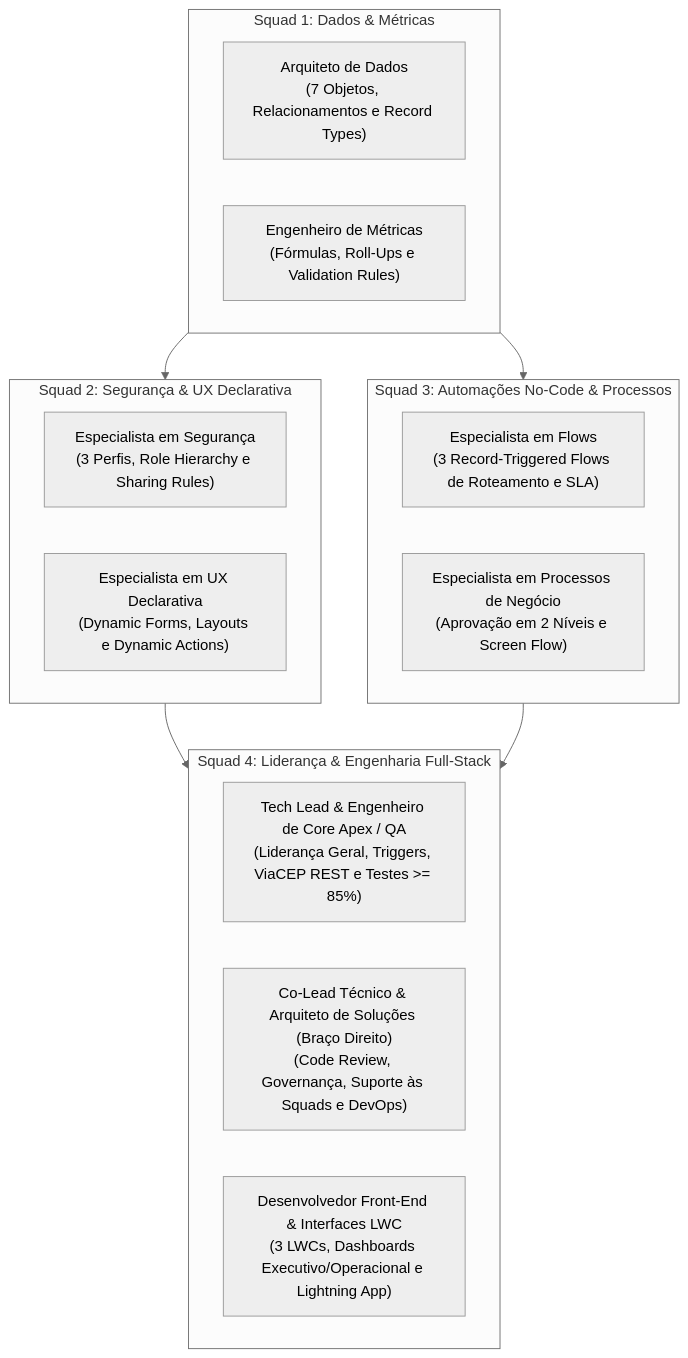
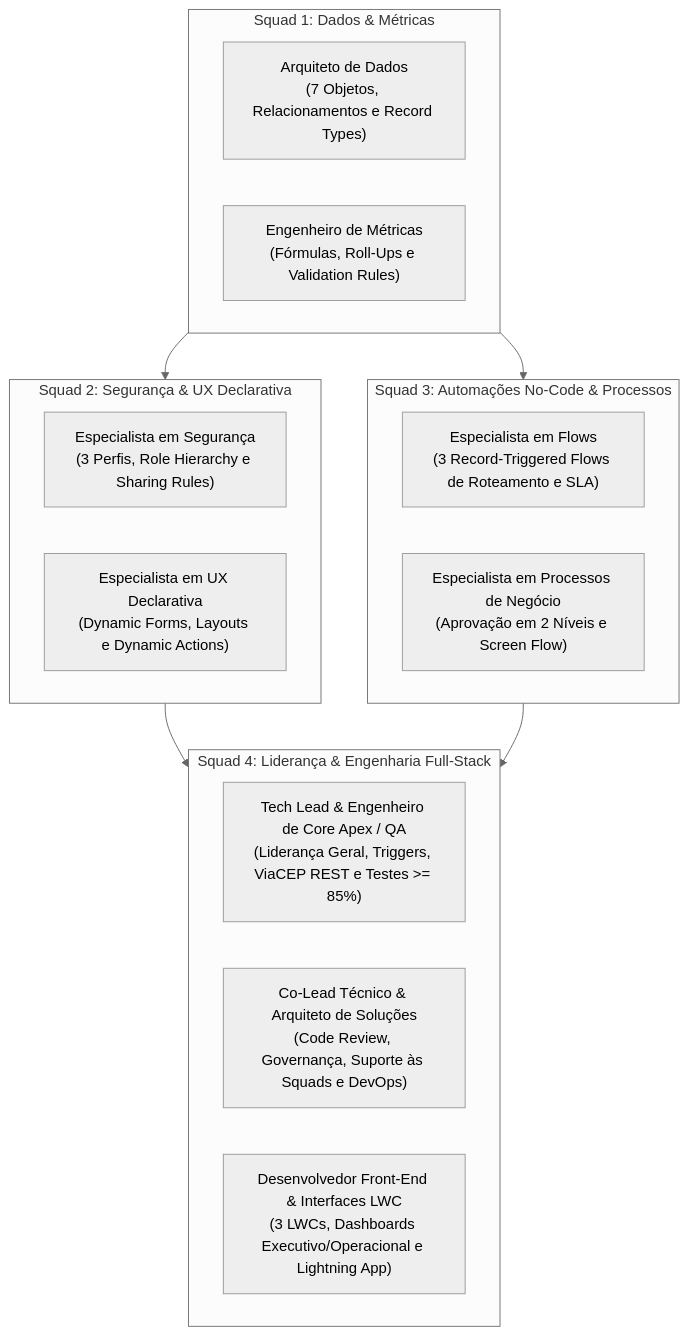
Before and after one commit to vdornelass/geolead-ai: the third of 3 diagrams in README.md, drawn with Mermaid (neutral theme). The commit also changed other lines of this file and 3 other files, not shown here.

````diff
--- a/README.md
+++ b/README.md
@@ -153,27 +153,27 @@
 ```mermaid
 graph TD
     subgraph S1 ["Squad 1: Dados & Métricas"]
         R1["Arquiteto de Dados<br/>(7 Objetos, Relacionamentos e Record Types)"]
         R2["Engenheiro de Métricas<br/>(Fórmulas, Roll-Ups e Validation Rules)"]
     end
 
     subgraph S2 ["Squad 2: Segurança & UX Declarativa"]
         R3["Especialista em Segurança<br/>(3 Perfis, Role Hierarchy e Sharing Rules)"]
         R4["Especialista em UX Declarativa<br/>(Dynamic Forms, Layouts e Dynamic Actions)"]
     end
 
     subgraph S3 ["Squad 3: Automações No-Code & Processos"]
         R5["Especialista em Flows<br/>(3 Record-Triggered Flows de Roteamento e SLA)"]
         R6["Especialista em Processos de Negócio<br/>(Aprovação em 2 Níveis e Screen Flow)"]
     end
 
     subgraph S4 ["Squad 4: Liderança & Engenharia Full-Stack"]
         R7["Tech Lead & Engenheiro de Core Apex / QA<br/>(Liderança Geral, Triggers, ViaCEP REST e Testes >= 85%)"]
-        R8["Co-Lead Técnico & Arquiteto de Soluções (Braço Direito)<br/>(Code Review, Governança, Suporte às Squads e DevOps)"]
+        R8["Co-Lead Técnico & Arquiteto de Soluções<br/>(Code Review, Governança, Suporte às Squads e DevOps)"]
         R9["Desenvolvedor Front-End & Interfaces LWC<br/>(3 LWCs, Dashboards Executivo/Operacional e Lightning App)"]
     end
 
     S1 --> S2
     S1 --> S3
     S2 & S3 --> S4
 ```
````
